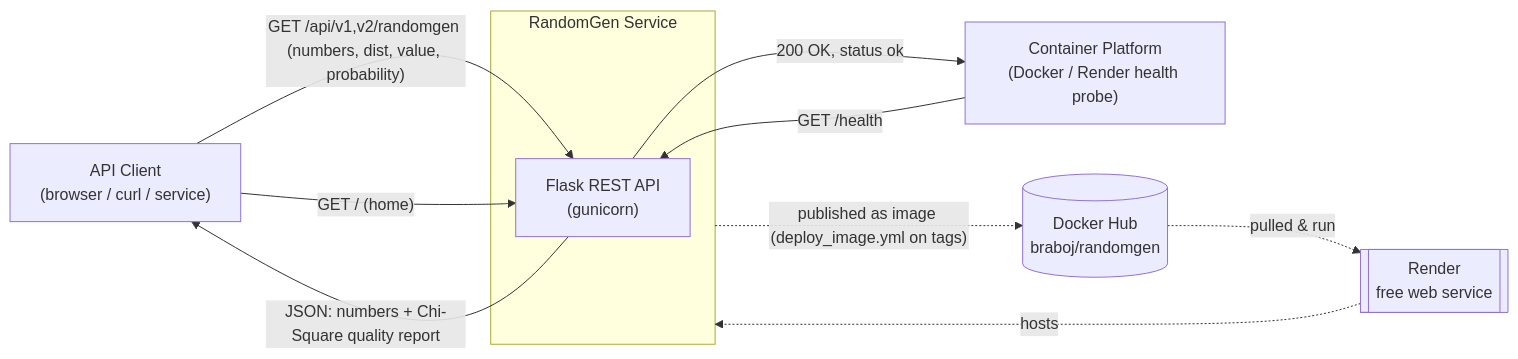
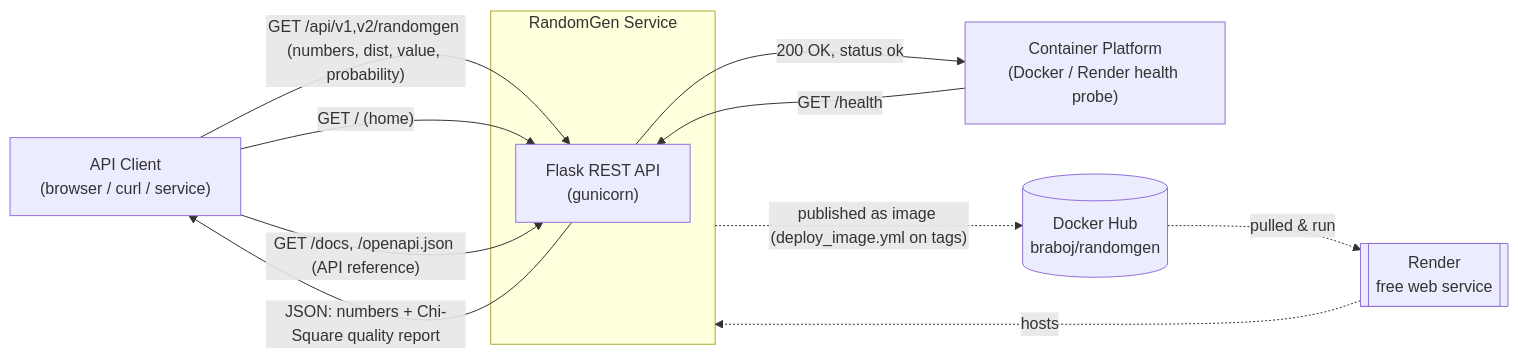
One commit to braboj/demo-randomgen changed the diagram in docs/arc42/03-context-and-scope.md. Above: the diagram before and after it, drawn with Mermaid. The commit also changed other lines of this file and 4 other files, not shown here.

````diff
--- a/docs/arc42/03-context-and-scope.md
+++ b/docs/arc42/03-context-and-scope.md
@@ -17,22 +17,23 @@
 ```mermaid
 flowchart LR
     client["API Client<br/>(browser / curl / service)"]
     platform["Container Platform<br/>(Docker / Render health probe)"]
 
     subgraph sys["RandomGen Service"]
         api["Flask REST API<br/>(gunicorn)"]
     end
 
     client -->|"GET /api/v1,v2/randomgen (numbers, dist, value, probability)"| api
     api -->|"JSON: numbers + Chi-Square quality report"| client
     client -->|"GET / (home)"| api
+    client -->|"GET /docs, /openapi.json (API reference)"| api
     platform -->|"GET /health"| api
     api -->|"200 OK, status ok"| platform
 
     %% Build/deploy targets (not runtime callers)
     dockerhub[("Docker Hub<br/>braboj/randomgen")]
     render[["Render<br/>free web service"]]
     sys -. "published as image (deploy_image.yml on tags)" .-> dockerhub
     dockerhub -. "pulled & run" .-> render
     render -. "hosts" .-> sys
 ```
````
